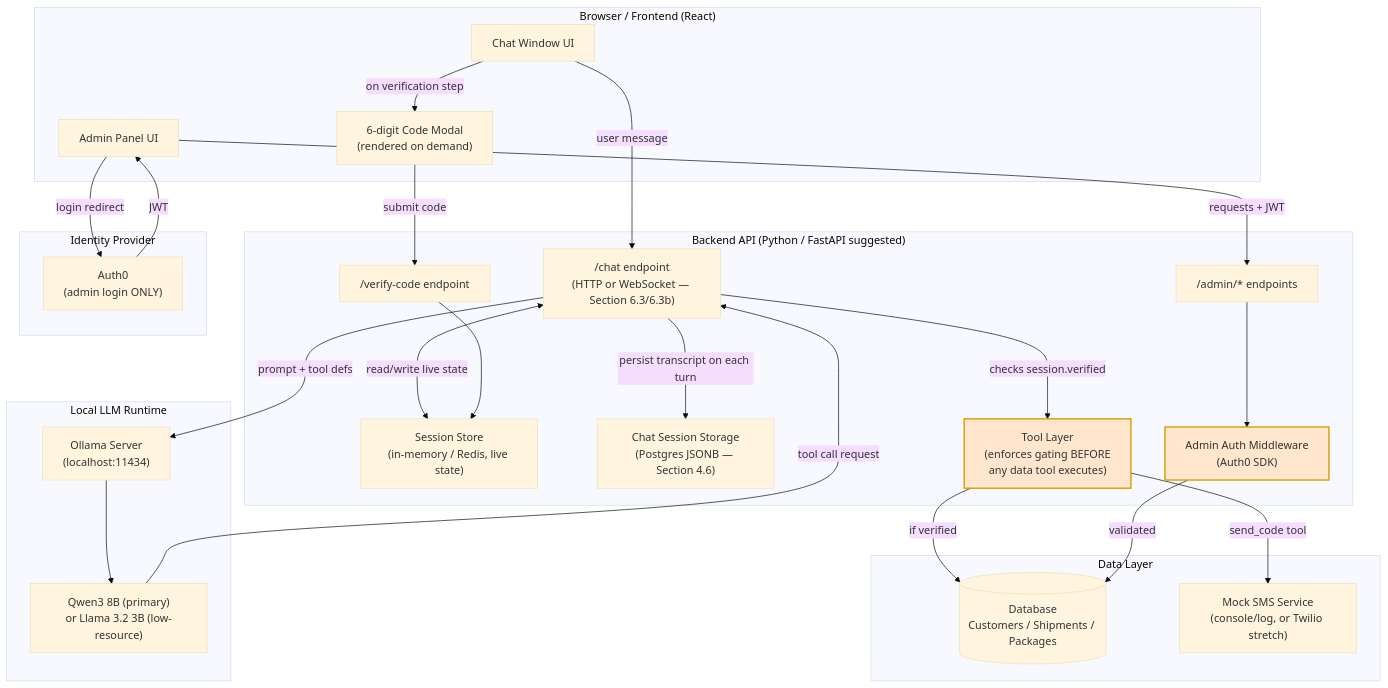
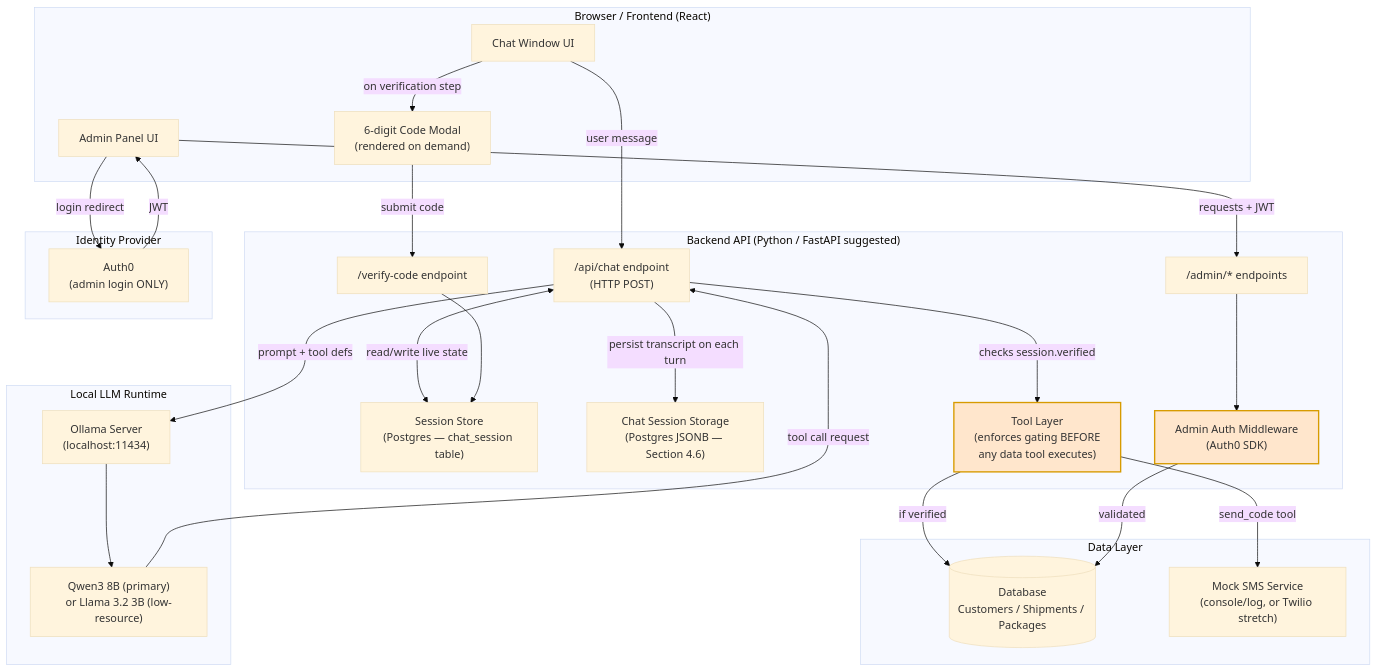
Before and after one commit to sheshum/SecureShip: the diagram in docs/diagrams/high-level-system-architecture.md, drawn with Mermaid (base theme). The commit also changed 32 other files, not shown here.

````diff
--- a/docs/diagrams/high-level-system-architecture.md
+++ b/docs/diagrams/high-level-system-architecture.md
@@ -1,55 +1,55 @@
 ```mermaid
 flowchart TB
     subgraph Client["Browser / Frontend (React)"]
         UI[Chat Window UI]
         Modal["6-digit Code Modal<br/>(rendered on demand)"]
         AdminUI[Admin Panel UI]
     end
 
     subgraph Backend["Backend API (Python / FastAPI suggested)"]
-        ChatAPI["/chat endpoint<br/>(HTTP or WebSocket — Section 6.3/6.3b)"]
+        ChatAPI["/api/chat endpoint<br/>(HTTP POST)"]
         VerifyAPI["/verify-code endpoint"]
         AdminAPI["/admin/* endpoints"]
-        SessionStore["Session Store<br/>(in-memory / Redis, live state)"]
+        SessionStore["Session Store<br/>(Postgres — chat_session table)"]
         ChatDB["Chat Session Storage<br/>(Postgres JSONB — Section 4.6)"]
         ToolLayer["Tool Layer<br/>(enforces gating BEFORE<br/>any data tool executes)"]
         AuthMW["Admin Auth Middleware<br/>(Auth0 SDK)"]
     end
 
     subgraph LocalLLM["Local LLM Runtime"]
         Ollama["Ollama Server<br/>(localhost:11434)"]
         Model["Qwen3 8B (primary)<br/>or Llama 3.2 3B (low-resource)"]
     end
 
     subgraph DataLayer["Data Layer"]
         DB[("Database<br/>Customers / Shipments / Packages")]
         SMSMock["Mock SMS Service<br/>(console/log, or Twilio stretch)"]
     end
 
     subgraph IdP["Identity Provider"]
         Auth0["Auth0<br/>(admin login ONLY)"]
     end
 
     UI -->|"user message"| ChatAPI
     ChatAPI -->|"prompt + tool defs"| Ollama
     Ollama --> Model
     Model -->|"tool call request"| ChatAPI
     ChatAPI -->|"checks session.verified"| ToolLayer
     ToolLayer -->|"if verified"| DB
     ToolLayer -->|"send_code tool"| SMSMock
     ChatAPI <-->|"read/write live state"| SessionStore
     ChatAPI -->|"persist transcript on each turn"| ChatDB
     UI -->|"on verification step"| Modal
     Modal -->|"submit code"| VerifyAPI
     VerifyAPI --> SessionStore
 
     AdminUI -->|"login redirect"| Auth0
     Auth0 -->|"JWT"| AdminUI
 
     AdminUI -->|"requests + JWT"| AdminAPI
     AdminAPI --> AuthMW
     AuthMW -->|"validated"| DB
 
     style ToolLayer fill:#ffe6cc,stroke:#d79b00,stroke-width:2px
     style AuthMW fill:#ffe6cc,stroke:#d79b00,stroke-width:2px
 ```
````
